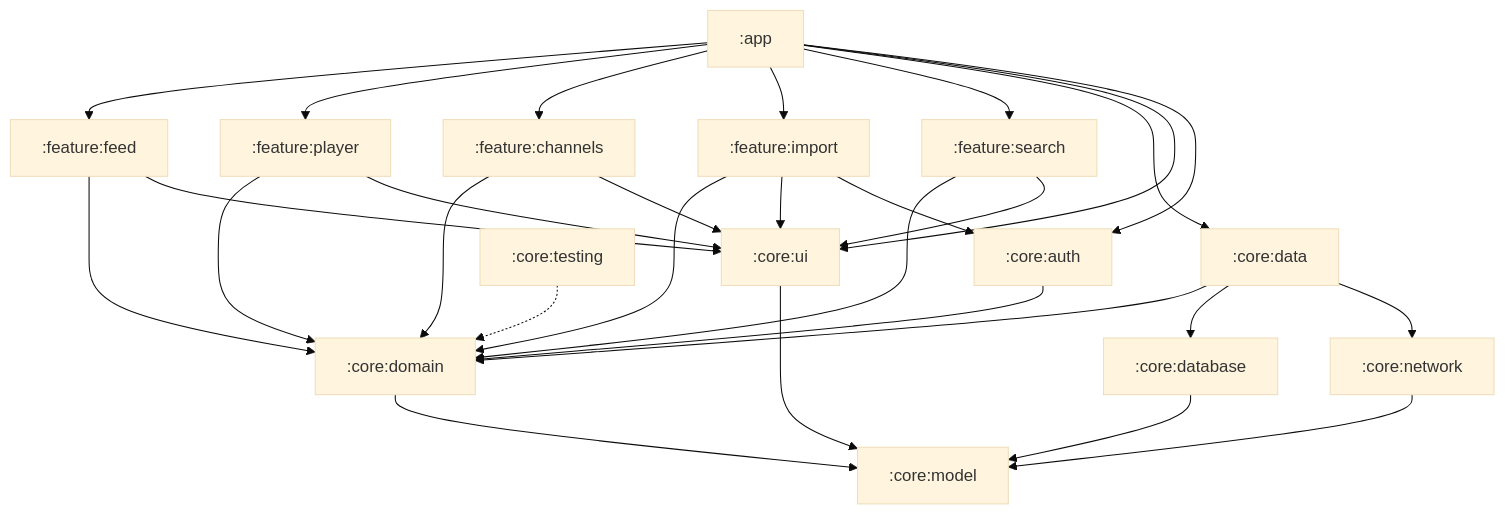
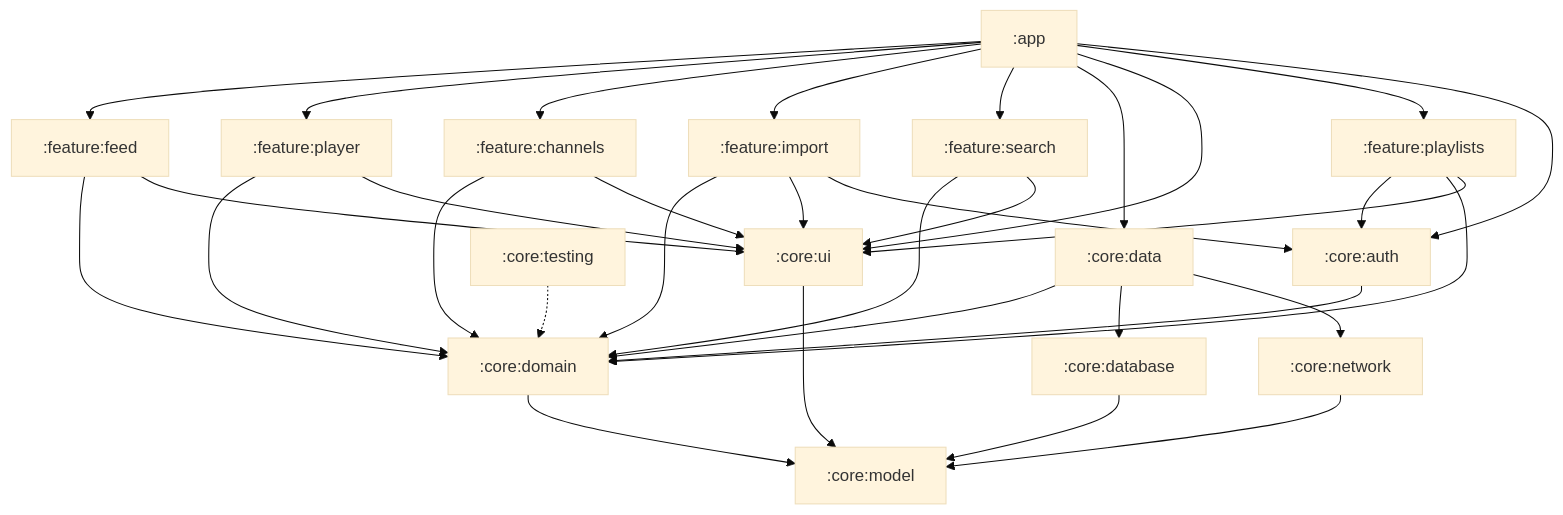
One commit to t1matoma/useful-youtube changed the diagram in docs/ARCHITECTURE.md. Above: the diagram before and after it, drawn with Mermaid (base theme). The commit also changed other lines of this file and 39 other files, not shown here.

````diff
--- a/docs/ARCHITECTURE.md
+++ b/docs/ARCHITECTURE.md
@@ -8,34 +8,38 @@
 ```mermaid
 graph TD
     app[":app"] --> feed[":feature:feed"]
     app --> player[":feature:player"]
     app --> channels[":feature:channels"]
     app --> import[":feature:import"]
     app --> search[":feature:search"]
     app --> data[":core:data"]
     app --> ui[":core:ui"]
 
     feed --> domain[":core:domain"]
     player --> domain
     channels --> domain
     import --> domain
     search --> domain
     search --> ui
     feed --> ui
     player --> ui
     channels --> ui
     import --> ui
     import --> auth[":core:auth"]
+    playlists[":feature:playlists"] --> auth
+    playlists --> domain
+    playlists --> ui
+    app --> playlists
     app --> auth
     auth --> domain
 
     data --> domain
     data --> database[":core:database"]
     data --> network[":core:network"]
     domain --> model[":core:model"]
     database --> model
     network --> model
     ui --> model
 
     testing[":core:testing"] -.-> domain
 ```
````
